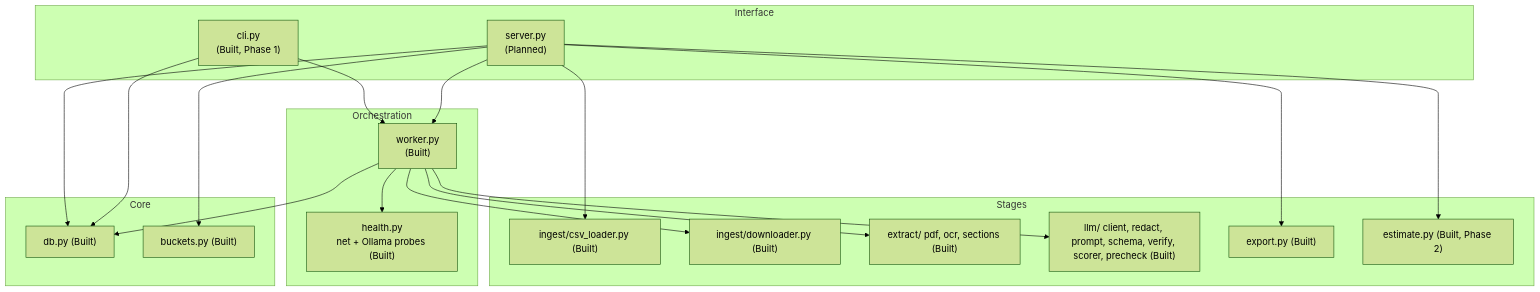
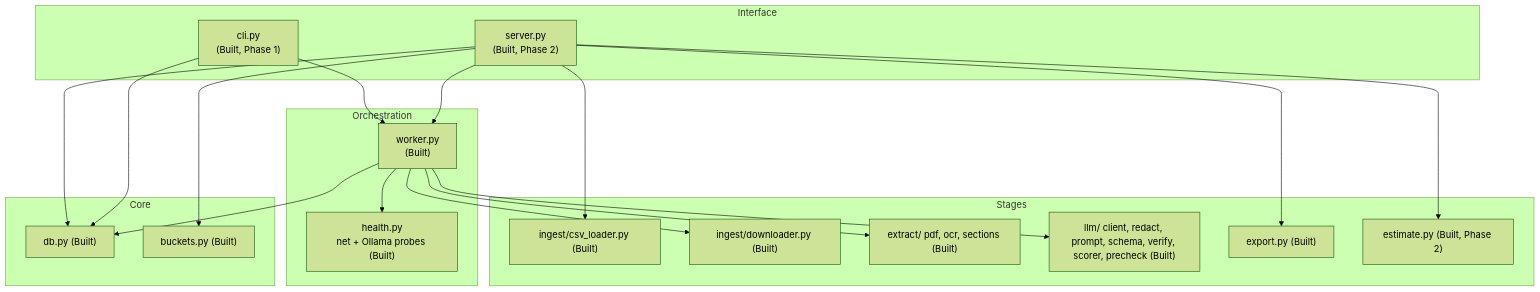
One commit to Aryan27-max/Atlas changed the third of 13 diagrams in ARCHITECTURE.md. Above: the diagram before and after it, drawn with Mermaid (forest theme). The commit also changed other lines of this file and 19 other files, not shown here.

First line of the commit message:
phase2(2.1): local API server

````diff
--- a/ARCHITECTURE.md
+++ b/ARCHITECTURE.md
@@ -125,37 +128,37 @@
 ```mermaid
 flowchart TB
     subgraph L1["Interface"]
-        server["server.py<br/>(Planned)"]
+        server["server.py<br/>(Built, Phase 2)"]
         cli["cli.py<br/>(Built, Phase 1)"]
     end
     subgraph L2["Orchestration"]
         worker["worker.py<br/>(Built)"]
         health["health.py<br/>net + Ollama probes (Built)"]
     end
     subgraph L3["Stages"]
         csvl["ingest/csv_loader.py (Built)"]
         dl["ingest/downloader.py (Built)"]
         ext["extract/ pdf, ocr, sections (Built)"]
         llm["llm/ client, redact, prompt, schema, verify, scorer, precheck (Built)"]
         exp["export.py (Built)"]
         est["estimate.py (Built, Phase 2)"]
     end
     subgraph L4["Core"]
         db["db.py (Built)"]
         buckets["buckets.py (Built)"]
     end
 
     server --> worker
     cli --> worker
     cli --> db
     server --> db
     server --> buckets
     server --> csvl
     server --> exp
     server --> est
     worker --> health
     worker --> dl
     worker --> ext
     worker --> llm
     worker --> db
 ```
````
